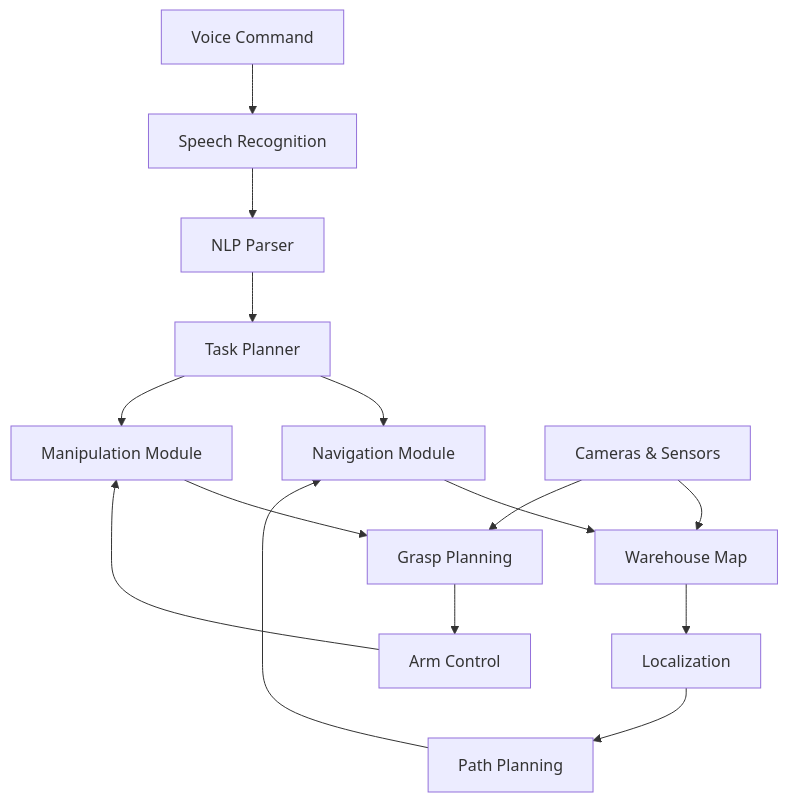
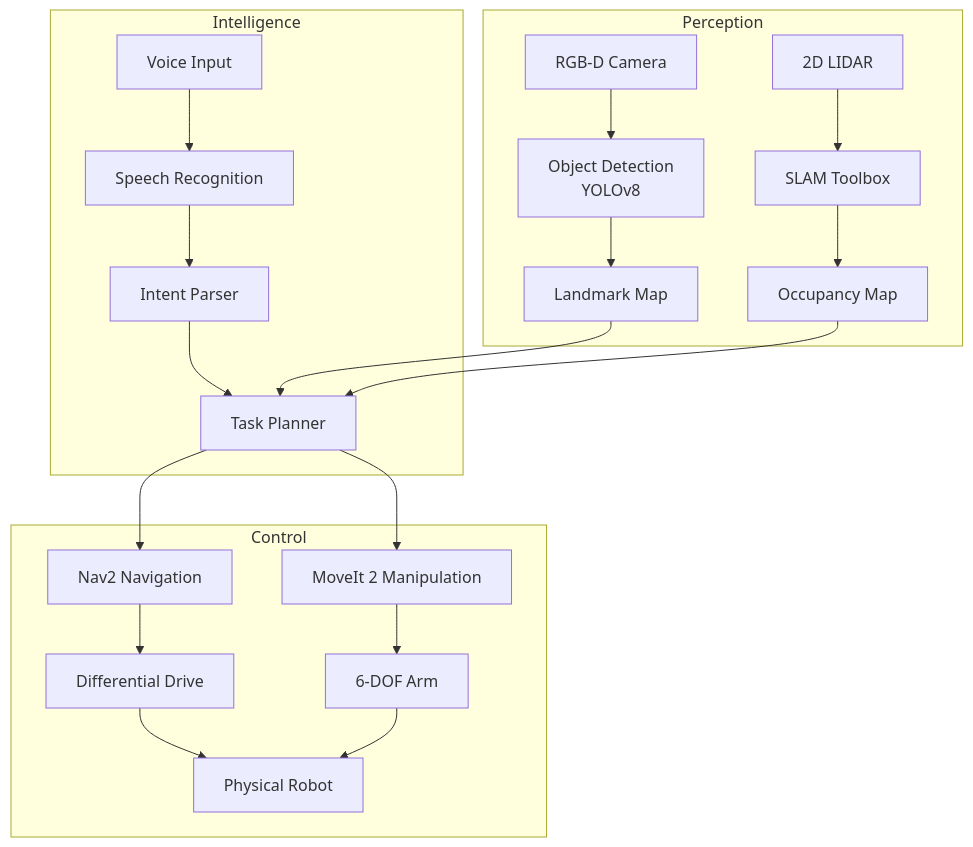
Before and after one commit to SheebaZaim/Physical-AI-and-Humanoid-Robtoics: the second of 5 diagrams in project/frontend/docs/capstone/project-ideas.md, drawn with Mermaid. The commit also changed other lines of this file and 15 other files, not shown here.

Commit message:
Enrich book content: comprehensive chapters with code, diagrams, images

````diff
--- a/project/frontend/docs/capstone/project-ideas.md
+++ b/project/frontend/docs/capstone/project-ideas.md
@@ -121,17 +37,26 @@
-  ```mermaid
-  graph TB
-      A[Voice Command] --> B[Speech Recognition]
-      B --> C[NLP Parser]
-      C --> D[Task Planner]
-      D --> E[Navigation Module]
-      D --> F[Manipulation Module]
-      E --> G[Warehouse Map]
-      F --> H[Grasp Planning]
-      G --> I[Localization]
-      H --> J[Arm Control]
-      I --> K[Path Planning]
-      K --> E
-      J --> F
-      L[Cameras & Sensors] --> G
-      L --> H
-  ```
+```mermaid
+graph TB
+    subgraph "Perception"
+        CAM[RGB-D Camera] --> OD[Object Detection<br/>YOLOv8]
+        LIDAR[2D LIDAR] --> SLAM[SLAM Toolbox]
+        OD --> LM[Landmark Map]
+        SLAM --> MAP[Occupancy Map]
+    end
+
+    subgraph "Intelligence"
+        VOICE[Voice Input] --> ASR[Speech Recognition]
+        ASR --> NLP[Intent Parser]
+        NLP --> TASK[Task Planner]
+        LM --> TASK
+        MAP --> TASK
+    end
+
+    subgraph "Control"
+        TASK --> NAV[Nav2 Navigation]
+        TASK --> MANIP[MoveIt 2 Manipulation]
+        NAV --> DRIVE[Differential Drive]
+        MANIP --> ARM[6-DOF Arm]
+        DRIVE --> ROBOT[Physical Robot]
+        ARM --> ROBOT
+    end
+```
````
